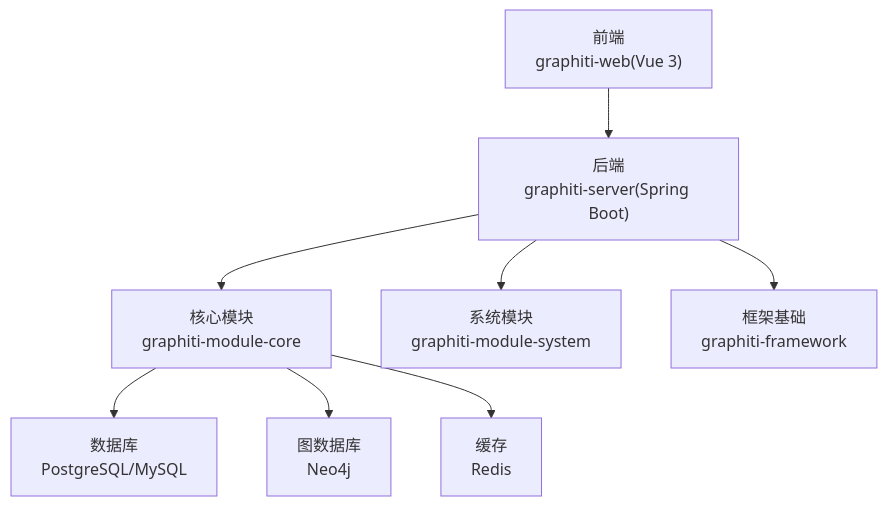
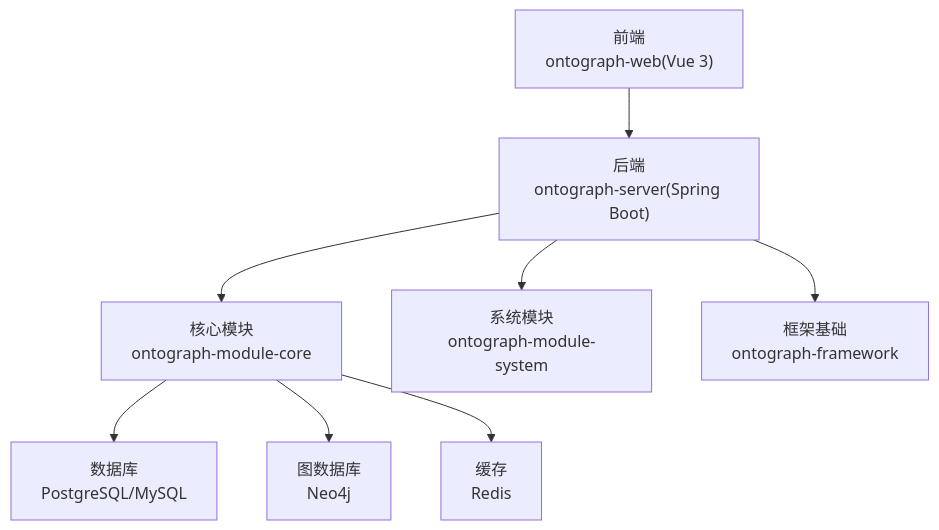
One commit to joezxh/graphiti-java changed the first of 3 diagrams in docs/manual/故障排查/常见问题.md. Above: the diagram before and after it, drawn with Mermaid. The commit also changed other lines of this file and 200 other files, not shown here.

````diff
--- a/docs/manual/故障排查/常见问题.md
+++ b/docs/manual/故障排查/常见问题.md
@@ -40,10 +40,10 @@
 ```mermaid
 graph TB
-FE["前端<br/>graphiti-web(Vue 3)"] --> BE["后端<br/>graphiti-server(Spring Boot)"]
-BE --> CORE["核心模块<br/>graphiti-module-core"]
-BE --> SYS["系统模块<br/>graphiti-module-system"]
-BE --> FW["框架基础<br/>graphiti-framework"]
+FE["前端<br/>ontograph-web(Vue 3)"] --> BE["后端<br/>ontograph-server(Spring Boot)"]
+BE --> CORE["核心模块<br/>ontograph-module-core"]
+BE --> SYS["系统模块<br/>ontograph-module-system"]
+BE --> FW["框架基础<br/>ontograph-framework"]
 CORE --> DB_PG["数据库<br/>PostgreSQL/MySQL"]
 CORE --> DB_NEO["图数据库<br/>Neo4j"]
 CORE --> CACHE["缓存<br/>Redis"]
 ```
````
